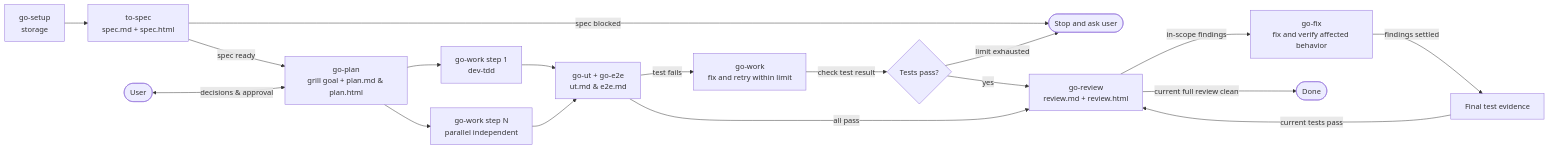
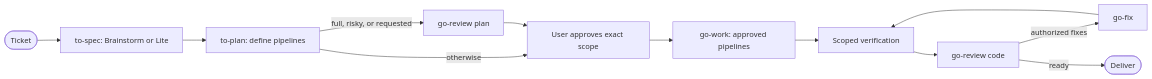
The diagram in skills/go-flow/SKILL.md (le0u0/just-do-it), drawn with Mermaid before and after one commit. The commit also changed other lines of this file and 49 other files, not shown here.

````diff
--- a/skills/go-flow/SKILL.md
+++ b/skills/go-flow/SKILL.md
@@ -12,20 +10,14 @@
 ```mermaid
 flowchart LR
-    S[go-setup<br/>storage] --> R[to-spec<br/>spec.md + spec.html]
-    R -->|spec ready| P[go-plan<br/>grill goal + plan.md & plan.html]
-    R -->|spec blocked| Stop
-    U([User]) <-->|decisions & approval| P
-    P --> W1[go-work step 1<br/>dev-tdd]
-    P --> W2[go-work step N<br/>parallel independent]
-    W1 --> T[go-ut + go-e2e<br/>ut.md & e2e.md]
-    W2 --> T
-    T -->|test fails| X[go-work<br/>fix and retry within limit]
-    X -->|check test result| Q{Tests pass?}
-    Q -->|yes| V
-    Q -->|limit exhausted| Stop([Stop and ask user])
-    T -->|all pass| V[go-review<br/>review.md + review.html]
-    V -->|in-scope findings| F[go-fix<br/>fix and verify affected behavior]
-    F -->|findings settled| C[Final test evidence]
-    C -->|current tests pass| V
-    V -->|current full review clean| D([Done])
+    A([Ticket]) --> S[to-spec: Brainstorm or Lite]
+    S --> P[to-plan: define pipelines]
+    P -->|full, risky, or requested| R[go-review plan]
+    P -->|otherwise| U[User approves exact scope]
+    R --> U
+    U --> W[go-work: approved pipelines]
+    W --> T[Scoped verification]
+    T --> V[go-review code]
+    V -->|authorized fixes| F[go-fix]
+    F --> T
+    V -->|ready| D([Deliver])
 ```
````
